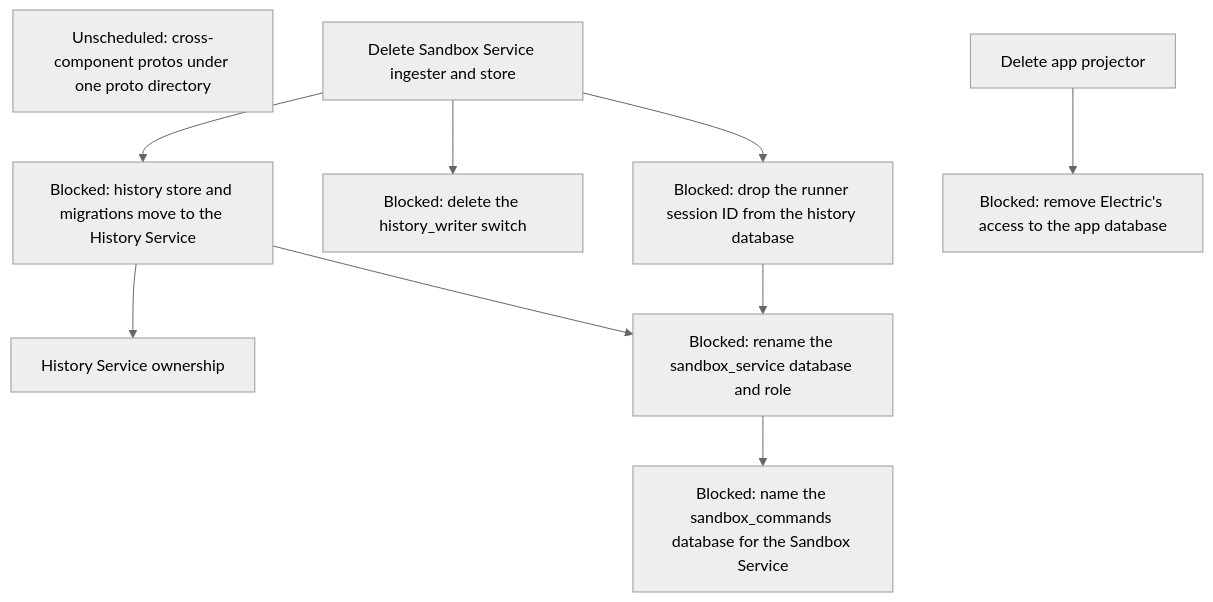
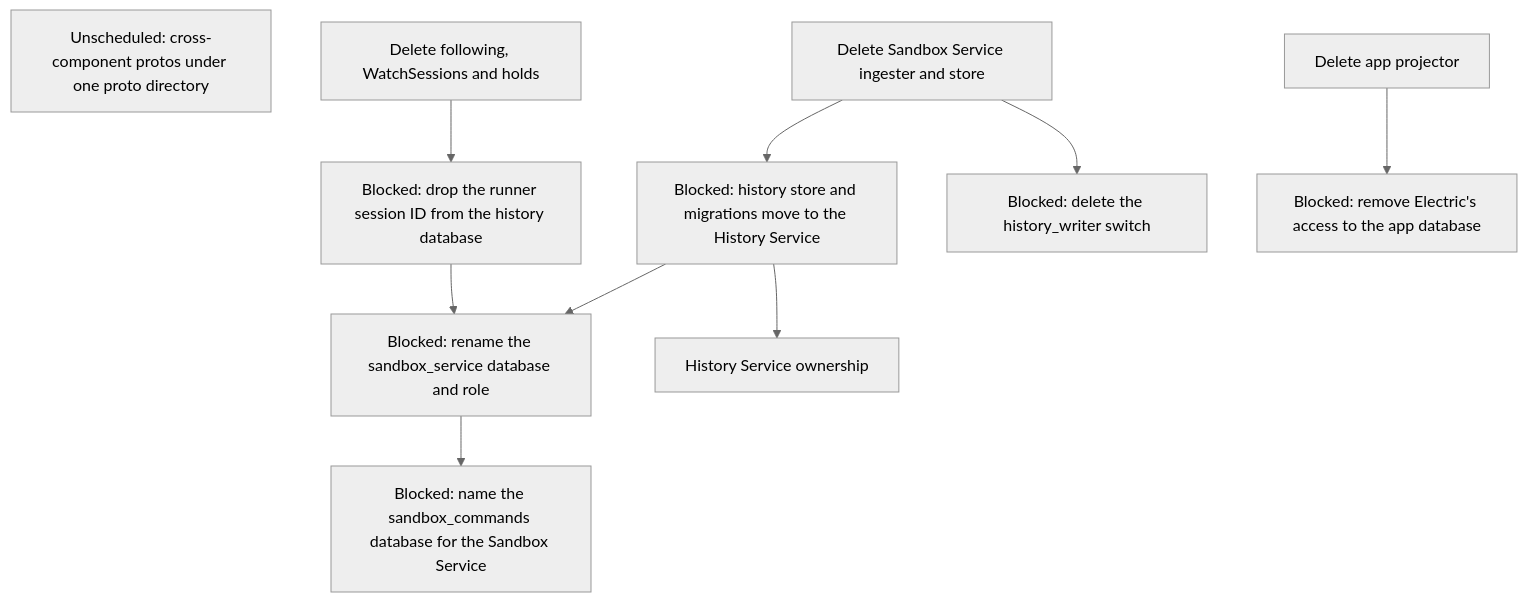
The tenth of 12 diagrams in agentplane/plans/task_dag.md (agentydragon-agent/ducktape), drawn with Mermaid (neutral theme) before and after one commit. The commit also changed other lines of this file and 1 other file, not shown here.

````diff
--- a/agentplane/plans/task_dag.md
+++ b/agentplane/plans/task_dag.md
@@ -770,21 +774,21 @@
 ```mermaid
 flowchart TD
     HISTORY_RUNNER_SESSION_ID_DROP[Blocked: drop the runner session ID from the history database]
     HISTORY_STORE_MOVE[Blocked: history store and migrations move to the History Service]
     HISTORY_WRITER_SWITCH_RETIRE[Blocked: delete the history_writer switch]
     HISTORY_DATABASE_RENAME[Blocked: rename the sandbox_service database and role]
     SANDBOX_DATABASE_RENAME[Blocked: name the sandbox_commands database for the Sandbox Service]
     APP_ELECTRIC_RETIRE[Blocked: remove Electric's access to the app database]
     PROTO_DIRECTORY[Unscheduled: cross-component protos under one proto directory]
     SANDBOX_LOCAL_HISTORY_RETIRE[Delete Sandbox Service ingester and store]
     APP_PROJECTOR_RETIRE[Delete app projector]
     HISTORY_SERVICE_OWNERSHIP[History Service ownership]
     SANDBOX_LOCAL_HISTORY_RETIRE --> HISTORY_STORE_MOVE
     SANDBOX_LOCAL_HISTORY_RETIRE --> HISTORY_WRITER_SWITCH_RETIRE
     HISTORY_STORE_MOVE --> HISTORY_SERVICE_OWNERSHIP
     HISTORY_STORE_MOVE --> HISTORY_DATABASE_RENAME
-    SANDBOX_LOCAL_HISTORY_RETIRE --> HISTORY_RUNNER_SESSION_ID_DROP
+    FOLLOW_PATH_RETIRE[Delete following, WatchSessions and holds] --> HISTORY_RUNNER_SESSION_ID_DROP
     HISTORY_RUNNER_SESSION_ID_DROP --> HISTORY_DATABASE_RENAME
     HISTORY_DATABASE_RENAME --> SANDBOX_DATABASE_RENAME
     APP_PROJECTOR_RETIRE --> APP_ELECTRIC_RETIRE
 ```
````
